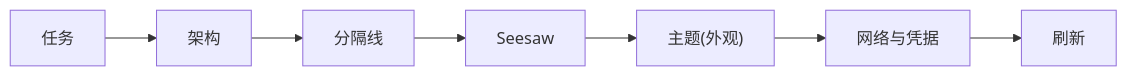
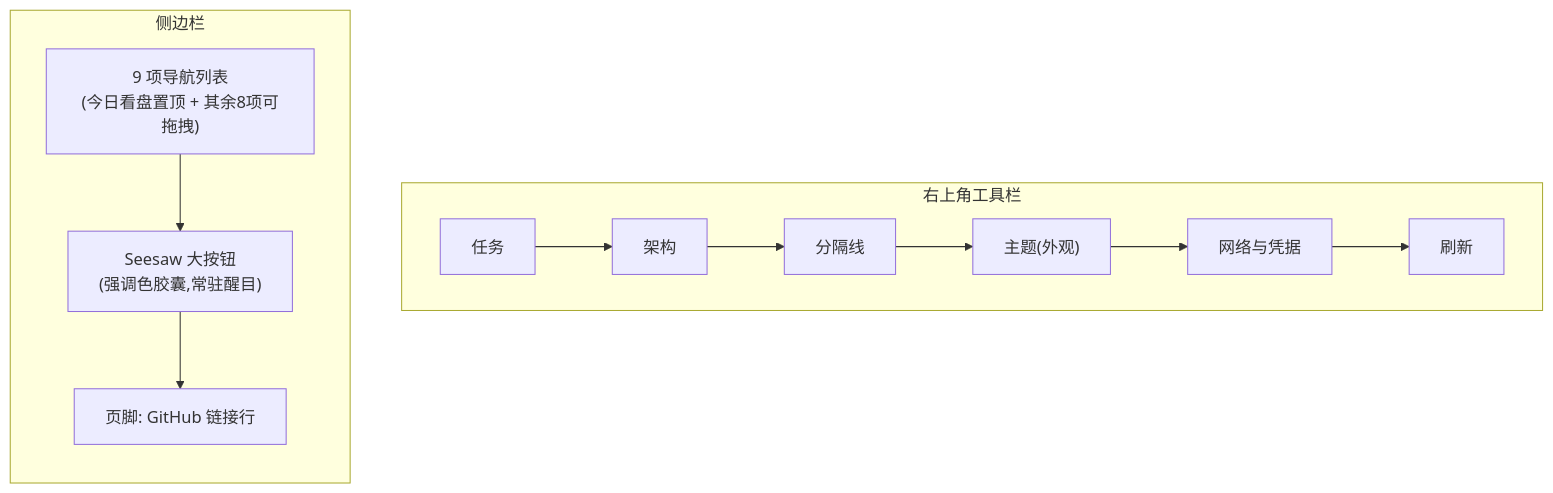
Before and after one commit to ZCDeng/KSS: the diagram in docs/plans/2026-07-12-002-feat-kssdeck-toolbar-admin-icons-plan.md, drawn with Mermaid. The commit also changed other lines of this file and 2 other files, not shown here.

First line of the commit message:
feat(kssdesktop): move Seesaw out of the toolbar into a sidebar CTA

````diff
--- a/docs/plans/2026-07-12-002-feat-kssdeck-toolbar-admin-icons-plan.md
+++ b/docs/plans/2026-07-12-002-feat-kssdeck-toolbar-admin-icons-plan.md
@@ -55,9 +57,16 @@
 ```mermaid
-flowchart LR
-  T["任务"] --> A["架构"]
-  A --> D["分隔线"]
-  D --> S["Seesaw"]
-  S --> TH["主题(外观)"]
-  TH --> N["网络与凭据"]
-  N --> R["刷新"]
+flowchart TB
+  subgraph 工具栏[右上角工具栏]
+    direction LR
+    T["任务"] --> A["架构"]
+    A --> D["分隔线"]
+    D --> TH["主题(外观)"]
+    TH --> N["网络与凭据"]
+    N --> R["刷新"]
+  end
+  subgraph 侧边栏[侧边栏]
+    direction TB
+    NAV["9 项导航列表<br/>(今日看盘置顶 + 其余8项可拖拽)"] --> SS["Seesaw 大按钮<br/>(强调色胶囊,常驻醒目)"]
+    SS --> FT["页脚: GitHub 链接行"]
+  end
 ```
````
